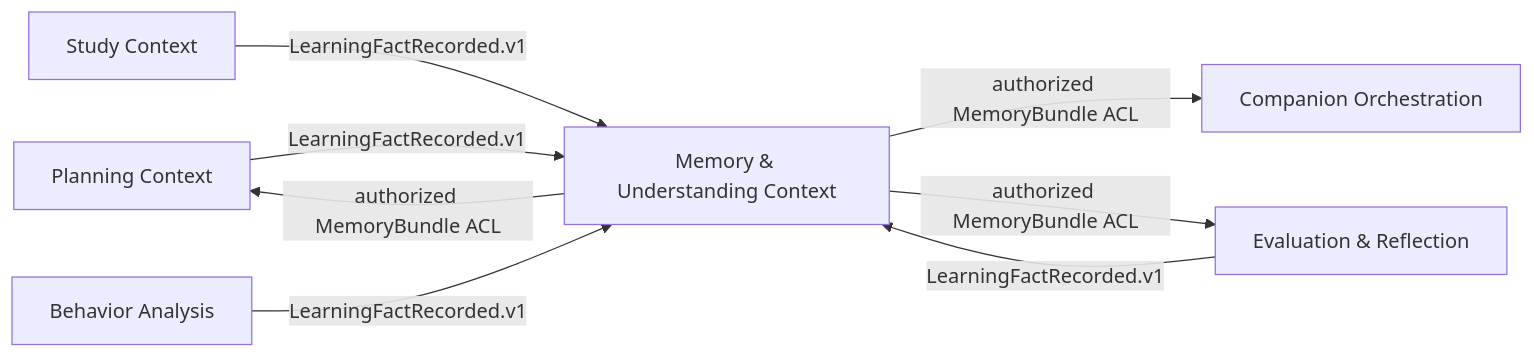
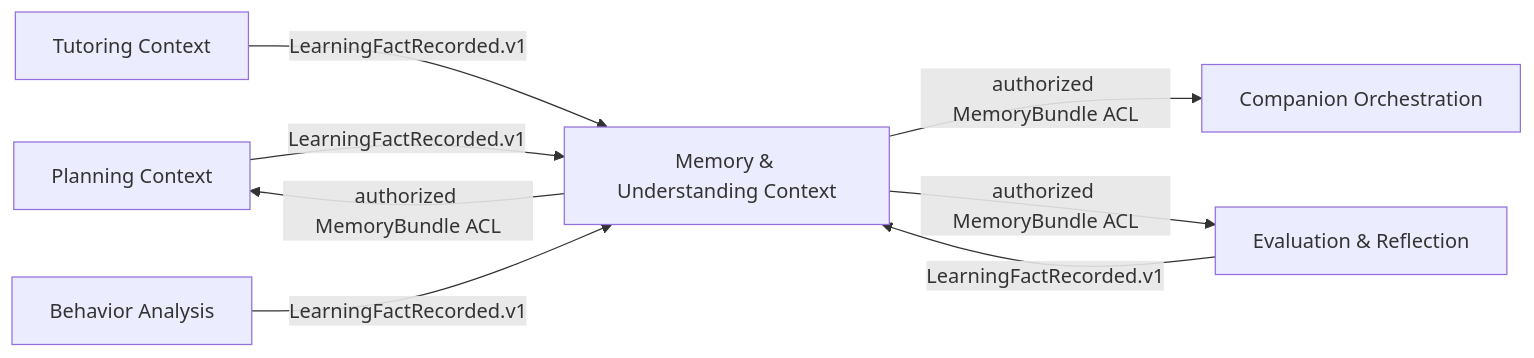
The first of 9 diagrams in docs/technical/domain-memory.md (johanchow/duxue), drawn with Mermaid before and after one commit. The commit also changed other lines of this file and 11 other files, not shown here.

Commit message:
docs: 拆分 Study 与 Tutoring 为两个 Domain

````diff
--- a/docs/technical/domain-memory.md
+++ b/docs/technical/domain-memory.md
@@ -11,17 +11,17 @@
 ```mermaid
 flowchart LR
     PL[Planning Context]
-    ST[Study Context]
+    ST[Tutoring Context]
     BA[Behavior Analysis]
     ER[Evaluation & Reflection]
     MC[Memory & Understanding Context]
     CO[Companion Orchestration]
 
     PL -->|LearningFactRecorded.v1| MC
     ST -->|LearningFactRecorded.v1| MC
     BA -->|LearningFactRecorded.v1| MC
     ER -->|LearningFactRecorded.v1| MC
     MC -->|authorized MemoryBundle ACL| CO
     MC -->|authorized MemoryBundle ACL| PL
     MC -->|authorized MemoryBundle ACL| ER
 ```
````
